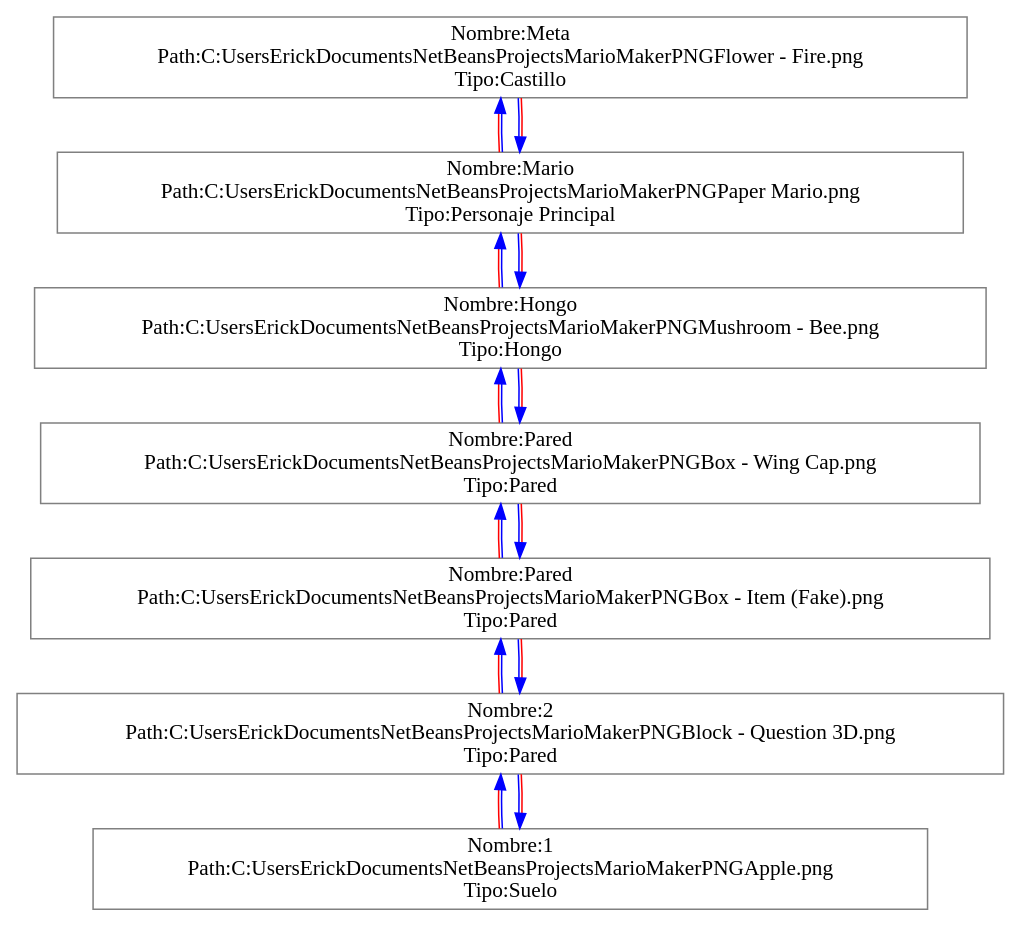
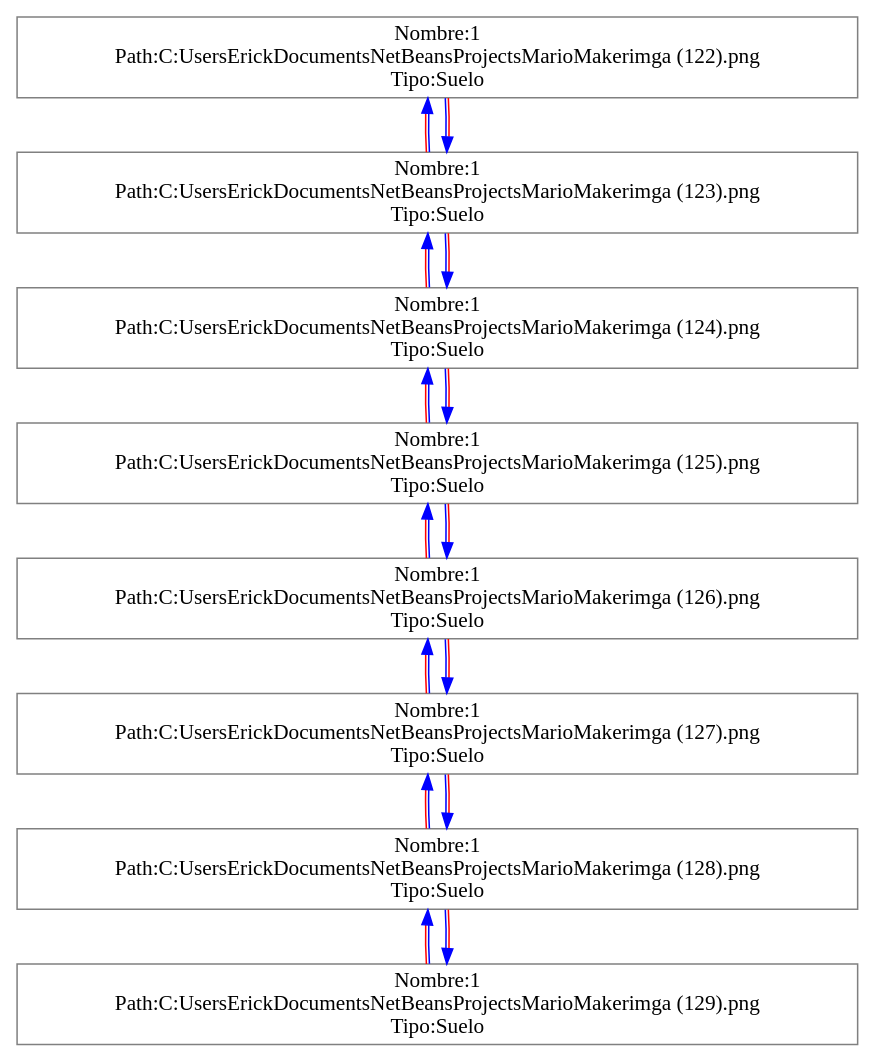
Before and after one commit to ErickTejaxun/Practica1s22015_201213050: the diagram in Pila.dot, drawn with Graphviz. The commit also changed 39 other files, not shown here.

```diff
--- a/Pila.dot
+++ b/Pila.dot
@@ -1,62 +1,72 @@
 digraph ColaAtencion {node [dir=both,shape=polygon, fontcolor="Black", height=0.5, color="Grey"]edge [color="blue", color="blue:red"]rankdir=BT
 "Nombre:1
-Path:C:\Users\Erick\Documents\NetBeansProjects\MarioMaker\PNG\Apple.png
-Tipo:Suelo"-> "Nombre:2
-Path:C:\Users\Erick\Documents\NetBeansProjects\MarioMaker\PNG\Block - Question 3D.png
-Tipo:Pared"
-"Nombre:2
-Path:C:\Users\Erick\Documents\NetBeansProjects\MarioMaker\PNG\Block - Question 3D.png
-Tipo:Pared"-> "Nombre:1
-Path:C:\Users\Erick\Documents\NetBeansProjects\MarioMaker\PNG\Apple.png
+Path:C:\Users\Erick\Documents\NetBeansProjects\MarioMaker\img\a (129).png
+Tipo:Suelo"-> "Nombre:1
+Path:C:\Users\Erick\Documents\NetBeansProjects\MarioMaker\img\a (128).png
 Tipo:Suelo"
-"Nombre:2
-Path:C:\Users\Erick\Documents\NetBeansProjects\MarioMaker\PNG\Block - Question 3D.png
-Tipo:Pared"-> "Nombre:Pared
-Path:C:\Users\Erick\Documents\NetBeansProjects\MarioMaker\PNG\Box - Item (Fake).png
-Tipo:Pared"
-"Nombre:Pared
-Path:C:\Users\Erick\Documents\NetBeansProjects\MarioMaker\PNG\Box - Item (Fake).png
-Tipo:Pared"-> "Nombre:2
-Path:C:\Users\Erick\Documents\NetBeansProjects\MarioMaker\PNG\Block - Question 3D.png
-Tipo:Pared"
-"Nombre:Pared
-Path:C:\Users\Erick\Documents\NetBeansProjects\MarioMaker\PNG\Box - Item (Fake).png
-Tipo:Pared"-> "Nombre:Pared
-Path:C:\Users\Erick\Documents\NetBeansProjects\MarioMaker\PNG\Box - Wing Cap.png
-Tipo:Pared"
-"Nombre:Pared
-Path:C:\Users\Erick\Documents\NetBeansProjects\MarioMaker\PNG\Box - Wing Cap.png
-Tipo:Pared"-> "Nombre:Pared
-Path:C:\Users\Erick\Documents\NetBeansProjects\MarioMaker\PNG\Box - Item (Fake).png
-Tipo:Pared"
-"Nombre:Pared
-Path:C:\Users\Erick\Documents\NetBeansProjects\MarioMaker\PNG\Box - Wing Cap.png
-Tipo:Pared"-> "Nombre:Hongo
-Path:C:\Users\Erick\Documents\NetBeansProjects\MarioMaker\PNG\Mushroom - Bee.png
-Tipo:Hongo"
-"Nombre:Hongo
-Path:C:\Users\Erick\Documents\NetBeansProjects\MarioMaker\PNG\Mushroom - Bee.png
-Tipo:Hongo"-> "Nombre:Pared
-Path:C:\Users\Erick\Documents\NetBeansProjects\MarioMaker\PNG\Box - Wing Cap.png
-Tipo:Pared"
-"Nombre:Hongo
-Path:C:\Users\Erick\Documents\NetBeansProjects\MarioMaker\PNG\Mushroom - Bee.png
-Tipo:Hongo"-> "Nombre:Mario
-Path:C:\Users\Erick\Documents\NetBeansProjects\MarioMaker\PNG\Paper Mario.png
-Tipo:Personaje Principal"
-"Nombre:Mario
-Path:C:\Users\Erick\Documents\NetBeansProjects\MarioMaker\PNG\Paper Mario.png
-Tipo:Personaje Principal"-> "Nombre:Hongo
-Path:C:\Users\Erick\Documents\NetBeansProjects\MarioMaker\PNG\Mushroom - Bee.png
-Tipo:Hongo"
-"Nombre:Mario
-Path:C:\Users\Erick\Documents\NetBeansProjects\MarioMaker\PNG\Paper Mario.png
-Tipo:Personaje Principal"-> "Nombre:Meta
-Path:C:\Users\Erick\Documents\NetBeansProjects\MarioMaker\PNG\Flower - Fire.png
-Tipo:Castillo"
-"Nombre:Meta
-Path:C:\Users\Erick\Documents\NetBeansProjects\MarioMaker\PNG\Flower - Fire.png
-Tipo:Castillo"-> "Nombre:Mario
-Path:C:\Users\Erick\Documents\NetBeansProjects\MarioMaker\PNG\Paper Mario.png
-Tipo:Personaje Principal"
+"Nombre:1
+Path:C:\Users\Erick\Documents\NetBeansProjects\MarioMaker\img\a (128).png
+Tipo:Suelo"-> "Nombre:1
+Path:C:\Users\Erick\Documents\NetBeansProjects\MarioMaker\img\a (129).png
+Tipo:Suelo"
+"Nombre:1
+Path:C:\Users\Erick\Documents\NetBeansProjects\MarioMaker\img\a (128).png
+Tipo:Suelo"-> "Nombre:1
+Path:C:\Users\Erick\Documents\NetBeansProjects\MarioMaker\img\a (127).png
+Tipo:Suelo"
+"Nombre:1
+Path:C:\Users\Erick\Documents\NetBeansProjects\MarioMaker\img\a (127).png
+Tipo:Suelo"-> "Nombre:1
+Path:C:\Users\Erick\Documents\NetBeansProjects\MarioMaker\img\a (128).png
+Tipo:Suelo"
+"Nombre:1
+Path:C:\Users\Erick\Documents\NetBeansProjects\MarioMaker\img\a (127).png
+Tipo:Suelo"-> "Nombre:1
+Path:C:\Users\Erick\Documents\NetBeansProjects\MarioMaker\img\a (126).png
+Tipo:Suelo"
+"Nombre:1
+Path:C:\Users\Erick\Documents\NetBeansProjects\MarioMaker\img\a (126).png
+Tipo:Suelo"-> "Nombre:1
+Path:C:\Users\Erick\Documents\NetBeansProjects\MarioMaker\img\a (127).png
+Tipo:Suelo"
+"Nombre:1
+Path:C:\Users\Erick\Documents\NetBeansProjects\MarioMaker\img\a (126).png
+Tipo:Suelo"-> "Nombre:1
+Path:C:\Users\Erick\Documents\NetBeansProjects\MarioMaker\img\a (125).png
+Tipo:Suelo"
+"Nombre:1
+Path:C:\Users\Erick\Documents\NetBeansProjects\MarioMaker\img\a (125).png
+Tipo:Suelo"-> "Nombre:1
+Path:C:\Users\Erick\Documents\NetBeansProjects\MarioMaker\img\a (126).png
+Tipo:Suelo"
+"Nombre:1
+Path:C:\Users\Erick\Documents\NetBeansProjects\MarioMaker\img\a (125).png
+Tipo:Suelo"-> "Nombre:1
+Path:C:\Users\Erick\Documents\NetBeansProjects\MarioMaker\img\a (124).png
+Tipo:Suelo"
+"Nombre:1
+Path:C:\Users\Erick\Documents\NetBeansProjects\MarioMaker\img\a (124).png
+Tipo:Suelo"-> "Nombre:1
+Path:C:\Users\Erick\Documents\NetBeansProjects\MarioMaker\img\a (125).png
+Tipo:Suelo"
+"Nombre:1
+Path:C:\Users\Erick\Documents\NetBeansProjects\MarioMaker\img\a (124).png
+Tipo:Suelo"-> "Nombre:1
+Path:C:\Users\Erick\Documents\NetBeansProjects\MarioMaker\img\a (123).png
+Tipo:Suelo"
+"Nombre:1
+Path:C:\Users\Erick\Documents\NetBeansProjects\MarioMaker\img\a (123).png
+Tipo:Suelo"-> "Nombre:1
+Path:C:\Users\Erick\Documents\NetBeansProjects\MarioMaker\img\a (124).png
+Tipo:Suelo"
+"Nombre:1
+Path:C:\Users\Erick\Documents\NetBeansProjects\MarioMaker\img\a (123).png
+Tipo:Suelo"-> "Nombre:1
+Path:C:\Users\Erick\Documents\NetBeansProjects\MarioMaker\img\a (122).png
+Tipo:Suelo"
+"Nombre:1
+Path:C:\Users\Erick\Documents\NetBeansProjects\MarioMaker\img\a (122).png
+Tipo:Suelo"-> "Nombre:1
+Path:C:\Users\Erick\Documents\NetBeansProjects\MarioMaker\img\a (123).png
+Tipo:Suelo"
 }
```
